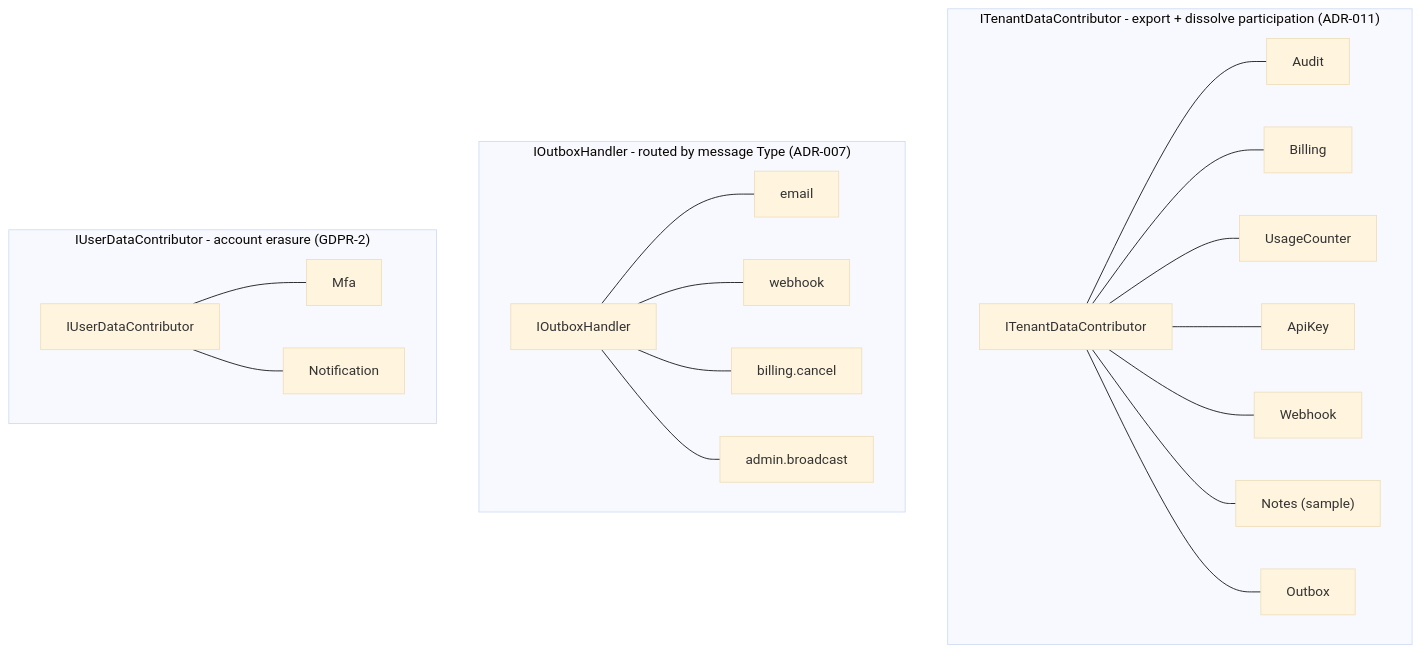
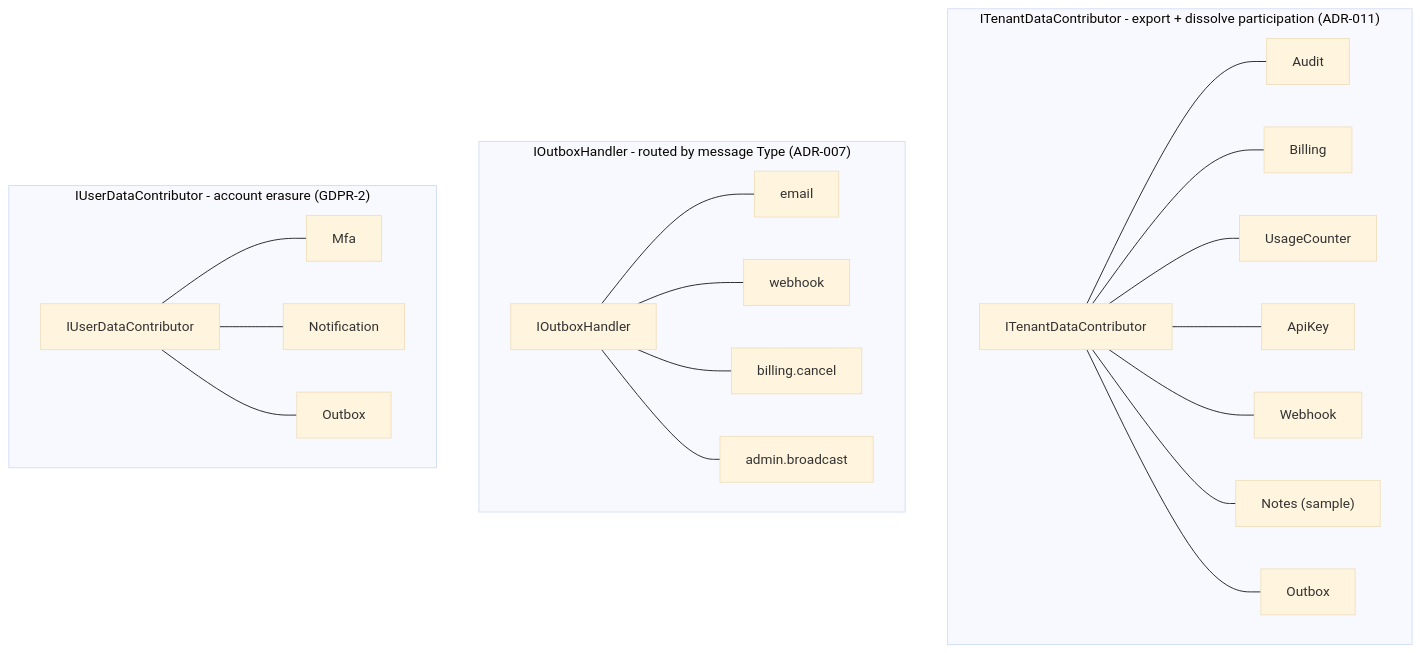
One commit to argamboad/perezosoft-platform changed the second of 8 diagrams in docs/ARCHITECTURE.md. Above: the diagram before and after it, drawn with Mermaid (base theme). The commit also changed other lines of this file and 24 other files, not shown here.

````diff
--- a/docs/ARCHITECTURE.md
+++ b/docs/ARCHITECTURE.md
@@ -75,15 +75,15 @@
 ```mermaid
 flowchart TB
     subgraph contributors ["ITenantDataContributor - export + dissolve participation (ADR-011)"]
         TDC["ITenantDataContributor"]
         TDC --- C1["Audit"] & C2["Billing"] & C3["UsageCounter"] & C4["ApiKey"] & C5["Webhook"] & C6["Notes (sample)"] & C7["Outbox"]
     end
     subgraph handlers ["IOutboxHandler - routed by message Type (ADR-007)"]
         OH["IOutboxHandler"]
         OH --- H1["email"] & H2["webhook"] & H3["billing.cancel"] & H4["admin.broadcast"]
     end
     subgraph userdata ["IUserDataContributor - account erasure (GDPR-2)"]
         UDC["IUserDataContributor"]
-        UDC --- U1["Mfa"] & U2["Notification"]
+        UDC --- U1["Mfa"] & U2["Notification"] & U3["Outbox"]
     end
 ```
````
